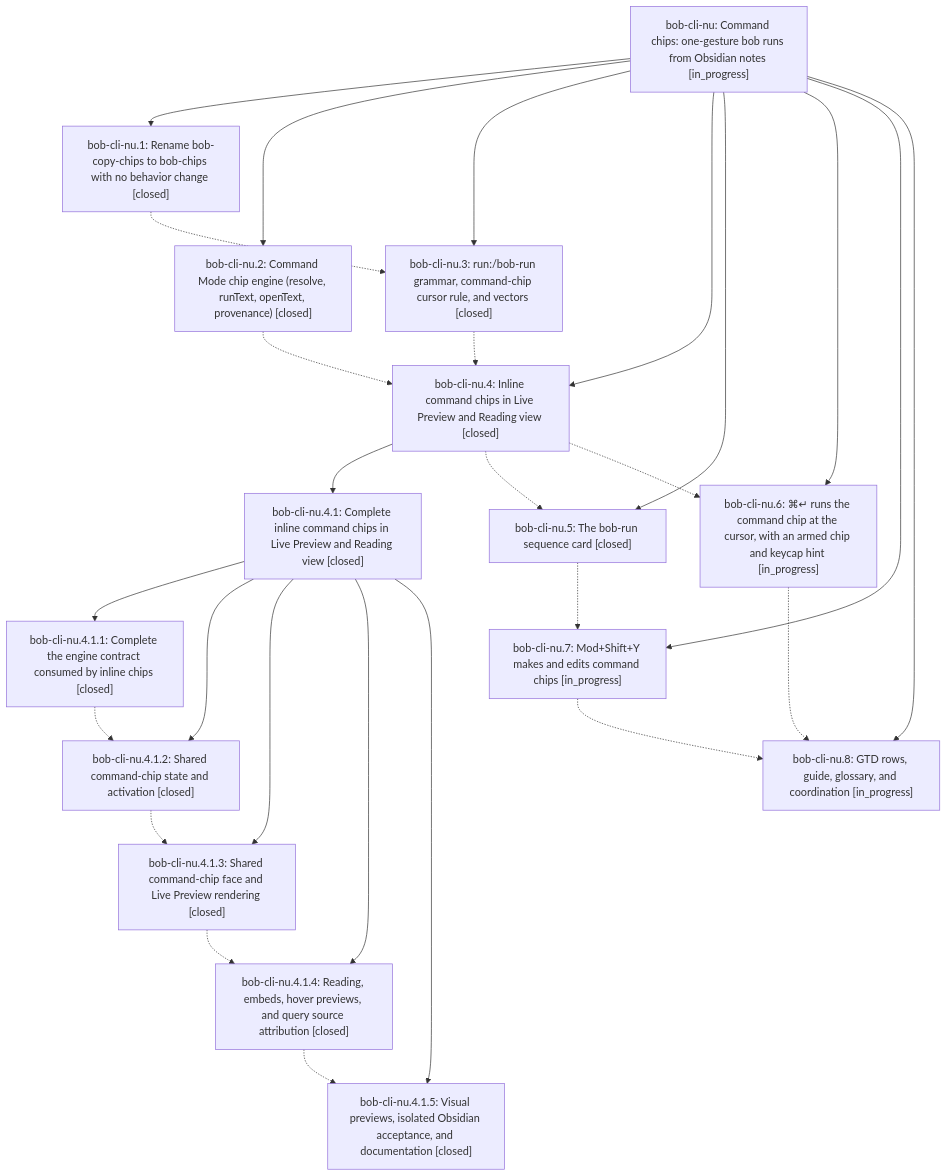
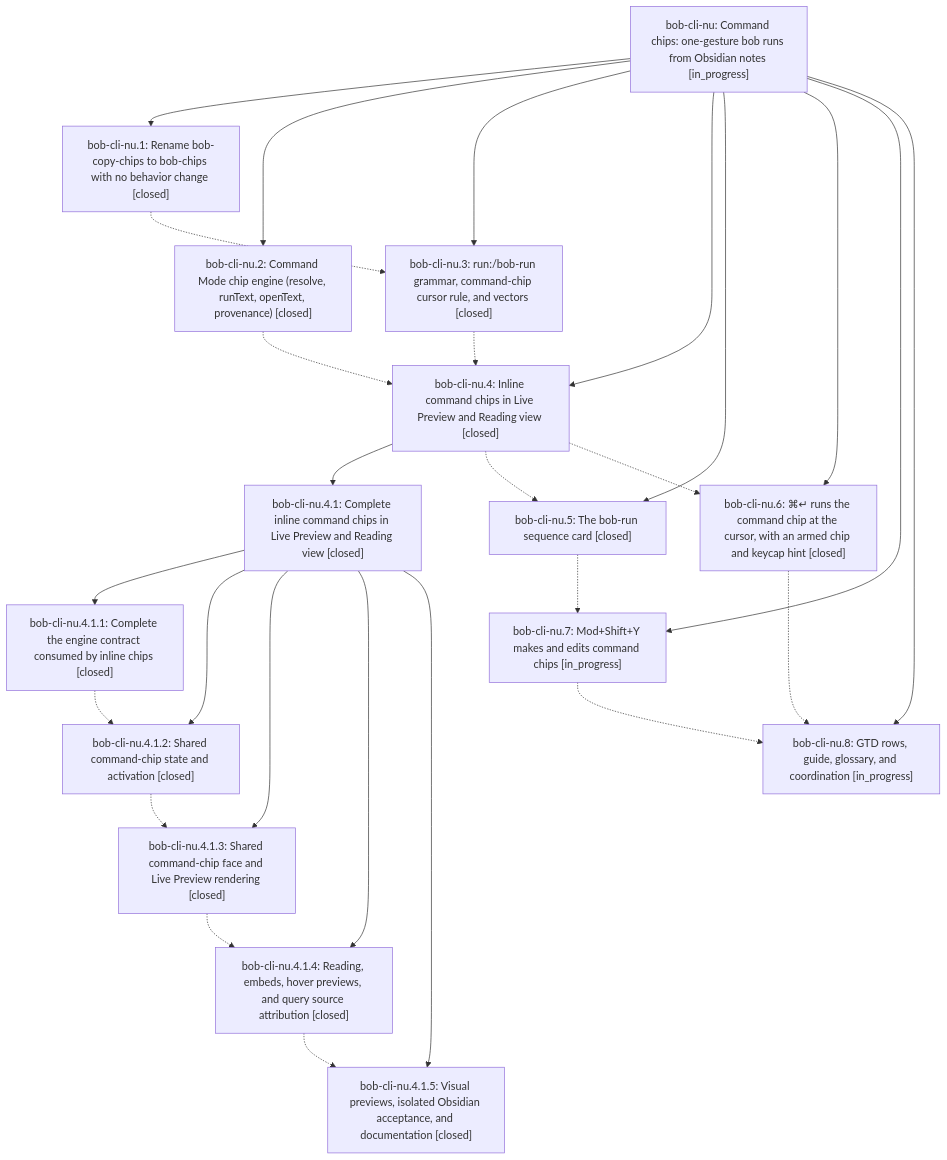
Before and after one commit to bobs-org/bob-cli--beads: the diagram in pages/bob-cli-nu/README.md, drawn with Mermaid. The commit also changed other lines of this file and 6 other files, not shown here.

First line of the commit message:
chore(beads): sync bead state and pages for bob-cli-nu

````diff
--- a/pages/bob-cli-nu/README.md
+++ b/pages/bob-cli-nu/README.md
@@ -51,44 +51,44 @@
 ```mermaid
 flowchart TD
     n0["bob-cli-nu: Command chips: one-gesture bob runs from Obsidian notes [in_progress]"]
     n1["bob-cli-nu.1: Rename bob-copy-chips to bob-chips with no behavior change [closed]"]
     n2["bob-cli-nu.2: Command Mode chip engine (resolve, runText, openText, provenance) [closed]"]
     n3["bob-cli-nu.3: run:/bob-run grammar, command-chip cursor rule, and vectors [closed]"]
     n4["bob-cli-nu.4: Inline command chips in Live Preview and Reading view [closed]"]
     n5["bob-cli-nu.4.1: Complete inline command chips in Live Preview and Reading view [closed]"]
     n6["bob-cli-nu.4.1.1: Complete the engine contract consumed by inline chips [closed]"]
     n7["bob-cli-nu.4.1.2: Shared command-chip state and activation [closed]"]
     n8["bob-cli-nu.4.1.3: Shared command-chip face and Live Preview rendering [closed]"]
     n9["bob-cli-nu.4.1.4: Reading, embeds, hover previews, and query source attribution [closed]"]
     n10["bob-cli-nu.4.1.5: Visual previews, isolated Obsidian acceptance, and documentation [closed]"]
     n11["bob-cli-nu.5: The bob-run sequence card [closed]"]
-    n12["bob-cli-nu.6: ⌘↵ runs the command chip at the cursor, with an armed chip and keycap hint [in_progress]"]
+    n12["bob-cli-nu.6: ⌘↵ runs the command chip at the cursor, with an armed chip and keycap hint [closed]"]
     n13["bob-cli-nu.7: Mod+Shift+Y makes and edits command chips [in_progress]"]
     n14["bob-cli-nu.8: GTD rows, guide, glossary, and coordination [in_progress]"]
     n0 --> n1
     n0 --> n2
     n0 --> n3
     n0 --> n4
     n4 --> n5
     n5 --> n6
     n5 --> n7
     n5 --> n8
     n5 --> n9
     n5 --> n10
     n0 --> n11
     n0 --> n12
     n0 --> n13
     n0 --> n14
     n1 -.-> n3
     n2 -.-> n4
     n3 -.-> n4
     n4 -.-> n11
     n4 -.-> n12
     n6 -.-> n7
     n7 -.-> n8
     n8 -.-> n9
     n9 -.-> n10
     n11 -.-> n13
     n12 -.-> n14
     n13 -.-> n14
 ```
````
